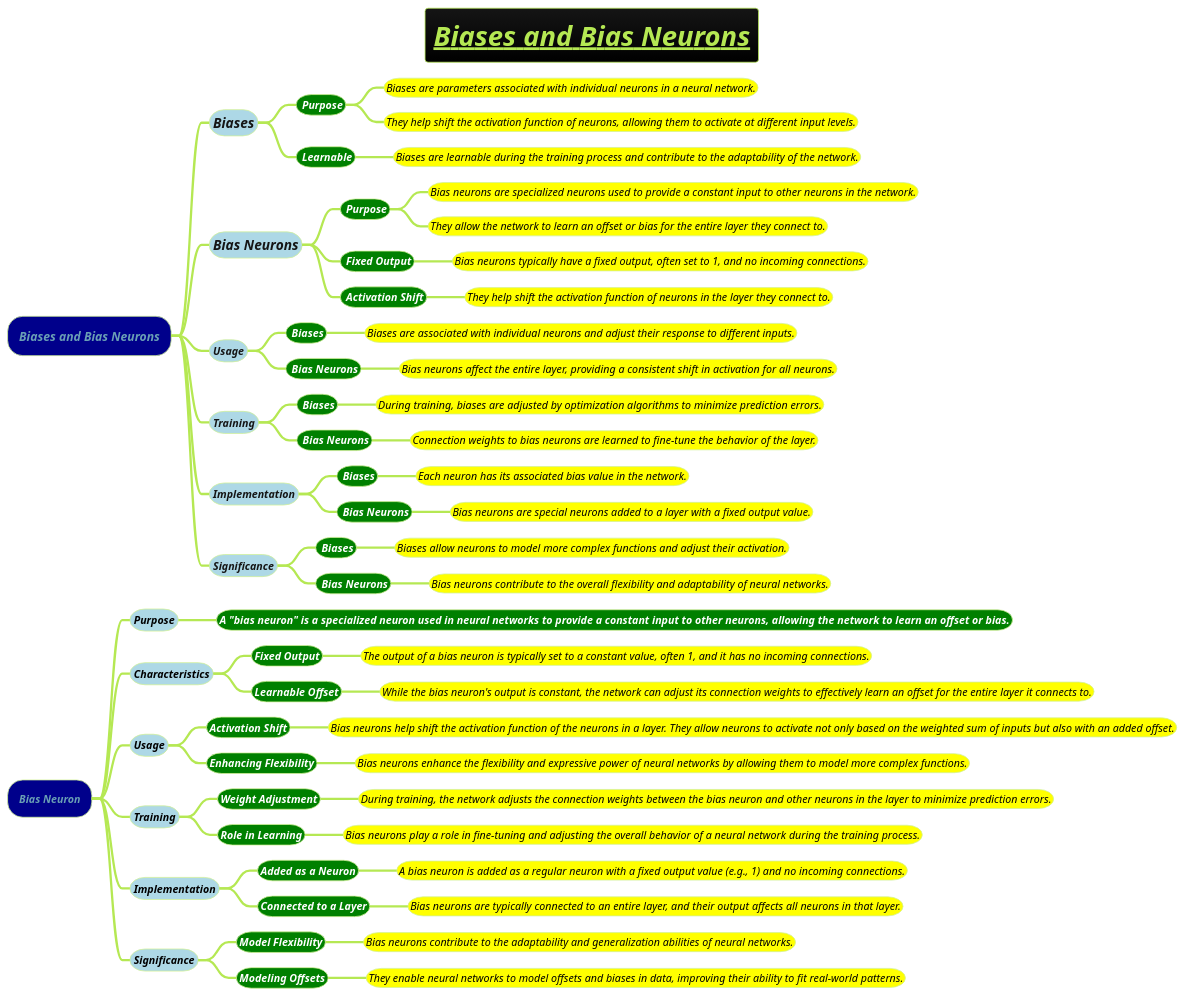
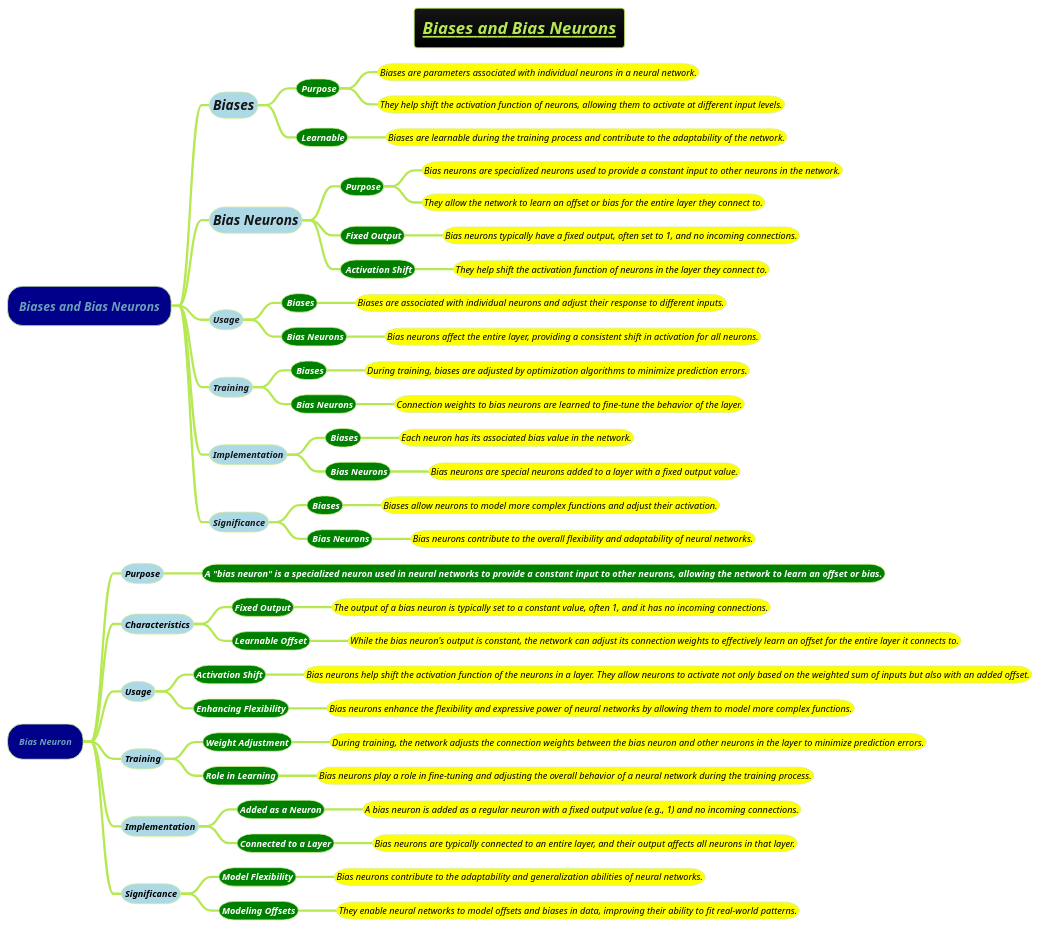
Before and after one commit to MehmoodHashmi/Documentation-as-Code-DaC: the diagram in docs/AI-ML-DL-Data-Science-and-BigData/machine-learning-ML/3-deep-learning-DL/Biases-and-Bias-Neurons.puml, drawn with PlantUML. The commit also changed 1 other file, not shown here.

```diff
--- a/docs/AI-ML-DL-Data-Science-and-BigData/machine-learning-ML/3-deep-learning-DL/Biases-and-Bias-Neurons.puml
+++ b/docs/AI-ML-DL-Data-Science-and-BigData/machine-learning-ML/3-deep-learning-DL/Biases-and-Bias-Neurons.puml
@@ -1,82 +1,82 @@
 @startmindmap
-title =<b><i><u>Biases and Bias Neurons
+title =<b><i><u><size:18>Biases and Bias Neurons
 
 !theme hacker
 
 
 *[#darkblue] <i>Biases and Bias Neurons
 **[#lightblue] <i><size:18>Biases
-***[#green] <i><color #white><b><size:14> Purpose
-****[#yellow] <color #black><i><size:14>Biases are parameters associated with individual neurons in a neural network.
-****[#yellow] <color #black><i><size:14>They help shift the activation function of neurons, allowing them to activate at different input levels.
-***[#green] <i><color #white><b><size:14> Learnable
-****[#yellow] <color #black><i><size:14>Biases are learnable during the training process and contribute to the adaptability of the network.
+***[#green] <i><color #white><b><size:12> Purpose
+****[#yellow] <color #black><i><size:12>Biases are parameters associated with individual neurons in a neural network.
+****[#yellow] <color #black><i><size:12>They help shift the activation function of neurons, allowing them to activate at different input levels.
+***[#green] <i><color #white><b><size:12> Learnable
+****[#yellow] <color #black><i><size:12>Biases are learnable during the training process and contribute to the adaptability of the network.
 
 **[#lightblue] <i><size:18>Bias Neurons
-***[#green] <i><color #white><b><size:14> Purpose
-****[#yellow] <color #black><i><size:14>Bias neurons are specialized neurons used to provide a constant input to other neurons in the network.
-****[#yellow] <color #black><i><size:14>They allow the network to learn an offset or bias for the entire layer they connect to.
-***[#green] <i><color #white><b><size:14> Fixed Output
-****[#yellow] <color #black><i><size:14>Bias neurons typically have a fixed output, often set to 1, and no incoming connections.
-***[#green] <i><color #white><b><size:14> Activation Shift
-****[#yellow] <color #black><i><size:14>They help shift the activation function of neurons in the layer they connect to.
+***[#green] <i><color #white><b><size:12> Purpose
+****[#yellow] <color #black><i><size:12>Bias neurons are specialized neurons used to provide a constant input to other neurons in the network.
+****[#yellow] <color #black><i><size:12>They allow the network to learn an offset or bias for the entire layer they connect to.
+***[#green] <i><color #white><b><size:12> Fixed Output
+****[#yellow] <color #black><i><size:12>Bias neurons typically have a fixed output, often set to 1, and no incoming connections.
+***[#green] <i><color #white><b><size:12> Activation Shift
+****[#yellow] <color #black><i><size:12>They help shift the activation function of neurons in the layer they connect to.
 
-**[#lightblue] <i><size:14>Usage
-***[#green] <i><color #white><b><size:14> Biases
-****[#yellow] <color #black><i><size:14>Biases are associated with individual neurons and adjust their response to different inputs.
-***[#green] <i><color #white><b><size:14> Bias Neurons
-****[#yellow] <color #black><i><size:14>Bias neurons affect the entire layer, providing a consistent shift in activation for all neurons.
+**[#lightblue] <i><size:12>Usage
+***[#green] <i><color #white><b><size:12> Biases
+****[#yellow] <color #black><i><size:12>Biases are associated with individual neurons and adjust their response to different inputs.
+***[#green] <i><color #white><b><size:12> Bias Neurons
+****[#yellow] <color #black><i><size:12>Bias neurons affect the entire layer, providing a consistent shift in activation for all neurons.
 
-**[#lightblue] <i><size:14>Training
-***[#green] <i><color #white><b><size:14> Biases
-****[#yellow] <color #black><i><size:14>During training, biases are adjusted by optimization algorithms to minimize prediction errors.
-***[#green] <i><color #white><b><size:14> Bias Neurons
-****[#yellow] <color #black><i><size:14>Connection weights to bias neurons are learned to fine-tune the behavior of the layer.
+**[#lightblue] <i><size:12>Training
+***[#green] <i><color #white><b><size:12> Biases
+****[#yellow] <color #black><i><size:12>During training, biases are adjusted by optimization algorithms to minimize prediction errors.
+***[#green] <i><color #white><b><size:12> Bias Neurons
+****[#yellow] <color #black><i><size:12>Connection weights to bias neurons are learned to fine-tune the behavior of the layer.
 
-**[#lightblue] <i><size:14>Implementation
-***[#green] <i><color #white><b><size:14> Biases
-****[#yellow] <color #black><i><size:14>Each neuron has its associated bias value in the network.
-***[#green] <i><color #white><b><size:14> Bias Neurons
-****[#yellow] <color #black><i><size:14>Bias neurons are special neurons added to a layer with a fixed output value.
+**[#lightblue] <i><size:12>Implementation
+***[#green] <i><color #white><b><size:12> Biases
+****[#yellow] <color #black><i><size:12>Each neuron has its associated bias value in the network.
+***[#green] <i><color #white><b><size:12> Bias Neurons
+****[#yellow] <color #black><i><size:12>Bias neurons are special neurons added to a layer with a fixed output value.
 
-**[#lightblue] <i><size:14>Significance
-***[#green] <i><color #white><b><size:14> Biases
-****[#yellow] <color #black><i><size:14>Biases allow neurons to model more complex functions and adjust their activation.
-***[#green] <i><color #white><b><size:14> Bias Neurons
-****[#yellow] <color #black><i><size:14>Bias neurons contribute to the overall flexibility and adaptability of neural networks.
+**[#lightblue] <i><size:12>Significance
+***[#green] <i><color #white><b><size:12> Biases
+****[#yellow] <color #black><i><size:12>Biases allow neurons to model more complex functions and adjust their activation.
+***[#green] <i><color #white><b><size:12> Bias Neurons
+****[#yellow] <color #black><i><size:12>Bias neurons contribute to the overall flexibility and adaptability of neural networks.
 
-*[#darkblue] <i><size:14>Bias Neuron
-**[#lightblue] <color #black><i><size:14>Purpose
-***[#green] <color #white><b><i><size:14>A "bias neuron" is a specialized neuron used in neural networks to provide a constant input to other neurons, allowing the network to learn an offset or bias.
+*[#darkblue] <i><size:12>Bias Neuron
+**[#lightblue] <color #black><i><size:12>Purpose
+***[#green] <color #white><b><i><size:12>A "bias neuron" is a specialized neuron used in neural networks to provide a constant input to other neurons, allowing the network to learn an offset or bias.
 
-**[#lightblue] <color #black><i><size:14>Characteristics
-***[#green] <color #white><b><i><size:14>Fixed Output
-****[#yellow] <color #black><i><size:14>The output of a bias neuron is typically set to a constant value, often 1, and it has no incoming connections.
-***[#green] <color #white><b><i><size:14>Learnable Offset
-****[#yellow] <color #black><i><size:14>While the bias neuron's output is constant, the network can adjust its connection weights to effectively learn an offset for the entire layer it connects to.
+**[#lightblue] <color #black><i><size:12>Characteristics
+***[#green] <color #white><b><i><size:12>Fixed Output
+****[#yellow] <color #black><i><size:12>The output of a bias neuron is typically set to a constant value, often 1, and it has no incoming connections.
+***[#green] <color #white><b><i><size:12>Learnable Offset
+****[#yellow] <color #black><i><size:12>While the bias neuron's output is constant, the network can adjust its connection weights to effectively learn an offset for the entire layer it connects to.
 
-**[#lightblue] <color #black><i><size:14>Usage
-***[#green] <color #white><b><i><size:14>Activation Shift
-****[#yellow] <color #black><i><size:14>Bias neurons help shift the activation function of the neurons in a layer. They allow neurons to activate not only based on the weighted sum of inputs but also with an added offset.
-***[#green] <color #white><b><i><size:14>Enhancing Flexibility
-****[#yellow] <color #black><i><size:14>Bias neurons enhance the flexibility and expressive power of neural networks by allowing them to model more complex functions.
+**[#lightblue] <color #black><i><size:12>Usage
+***[#green] <color #white><b><i><size:12>Activation Shift
+****[#yellow] <color #black><i><size:12>Bias neurons help shift the activation function of the neurons in a layer. They allow neurons to activate not only based on the weighted sum of inputs but also with an added offset.
+***[#green] <color #white><b><i><size:12>Enhancing Flexibility
+****[#yellow] <color #black><i><size:12>Bias neurons enhance the flexibility and expressive power of neural networks by allowing them to model more complex functions.
 
-**[#lightblue] <color #black><i><size:14>Training
-***[#green] <color #white><b><i><size:14>Weight Adjustment
-****[#yellow] <color #black><i><size:14>During training, the network adjusts the connection weights between the bias neuron and other neurons in the layer to minimize prediction errors.
-***[#green] <color #white><b><i><size:14>Role in Learning
-****[#yellow] <color #black><i><size:14>Bias neurons play a role in fine-tuning and adjusting the overall behavior of a neural network during the training process.
+**[#lightblue] <color #black><i><size:12>Training
+***[#green] <color #white><b><i><size:12>Weight Adjustment
+****[#yellow] <color #black><i><size:12>During training, the network adjusts the connection weights between the bias neuron and other neurons in the layer to minimize prediction errors.
+***[#green] <color #white><b><i><size:12>Role in Learning
+****[#yellow] <color #black><i><size:12>Bias neurons play a role in fine-tuning and adjusting the overall behavior of a neural network during the training process.
 
-**[#lightblue] <color #black><i><size:14>Implementation
-***[#green] <color #white><b><i><size:14>Added as a Neuron
-****[#yellow] <color #black><i><size:14>A bias neuron is added as a regular neuron with a fixed output value (e.g., 1) and no incoming connections.
-***[#green] <color #white><b><i><size:14>Connected to a Layer
-****[#yellow] <color #black><i><size:14>Bias neurons are typically connected to an entire layer, and their output affects all neurons in that layer.
+**[#lightblue] <color #black><i><size:12>Implementation
+***[#green] <color #white><b><i><size:12>Added as a Neuron
+****[#yellow] <color #black><i><size:12>A bias neuron is added as a regular neuron with a fixed output value (e.g., 1) and no incoming connections.
+***[#green] <color #white><b><i><size:12>Connected to a Layer
+****[#yellow] <color #black><i><size:12>Bias neurons are typically connected to an entire layer, and their output affects all neurons in that layer.
 
-**[#lightblue] <color #black><i><size:14>Significance
-***[#green] <color #white><b><i><size:14>Model Flexibility
-****[#yellow] <color #black><i><size:14>Bias neurons contribute to the adaptability and generalization abilities of neural networks.
-***[#green] <color #white><b><i><size:14>Modeling Offsets
-****[#yellow] <color #black><i><size:14>They enable neural networks to model offsets and biases in data, improving their ability to fit real-world patterns.
+**[#lightblue] <color #black><i><size:12>Significance
+***[#green] <color #white><b><i><size:12>Model Flexibility
+****[#yellow] <color #black><i><size:12>Bias neurons contribute to the adaptability and generalization abilities of neural networks.
+***[#green] <color #white><b><i><size:12>Modeling Offsets
+****[#yellow] <color #black><i><size:12>They enable neural networks to model offsets and biases in data, improving their ability to fit real-world patterns.
 
 @endmindmap
```
